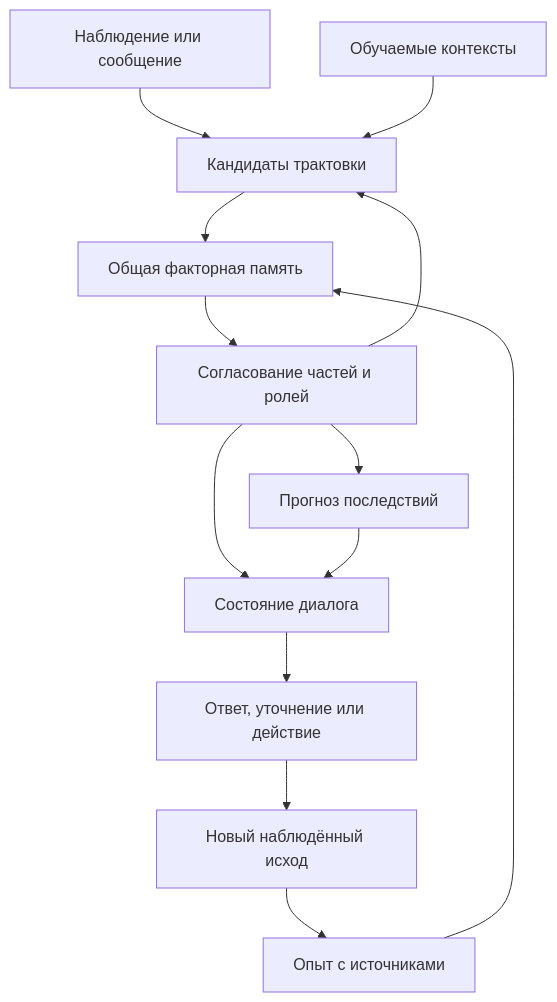
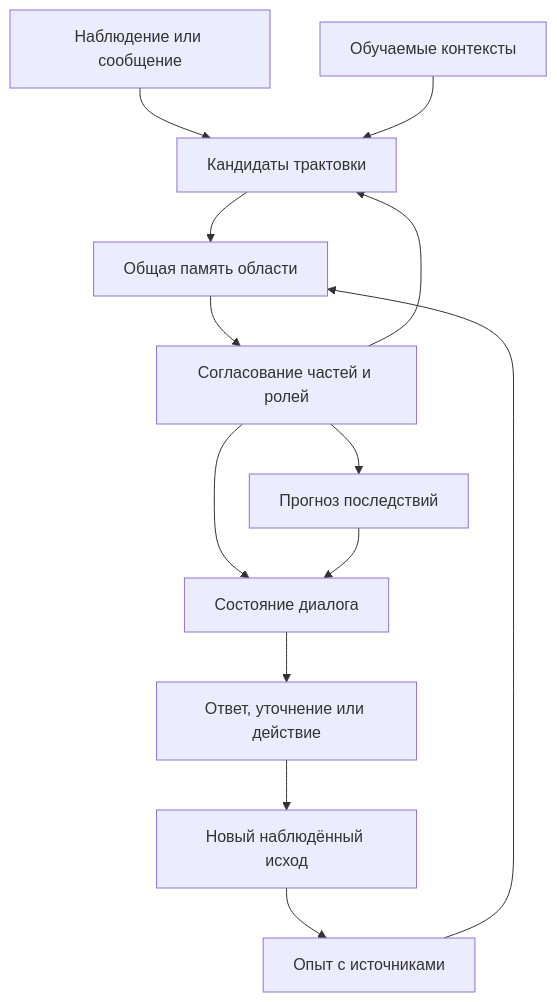
One commit to anatolahnov5317-hash/AI2 changed the diagram in docs/AI2_TO_CHAT_ROADMAP.md. Above: the diagram before and after it, drawn with Mermaid. The commit also changed other lines of this file and 3 other files, not shown here.

Commit message:
Clarify Redozubov fidelity and correct shared-memory roadmap

````diff
--- a/docs/AI2_TO_CHAT_ROADMAP.md
+++ b/docs/AI2_TO_CHAT_ROADMAP.md
@@ -137,15 +174,15 @@
 ```mermaid
 flowchart TD
   I["Наблюдение или сообщение"] --> C["Кандидаты трактовки"]
   T["Обучаемые контексты"] --> C
-  C --> M["Общая факторная память"]
+  C --> M["Общая память области"]
   E["Опыт с источниками"] --> M
   M --> R["Согласование частей и ролей"]
   R --> C
   R --> W["Прогноз последствий"]
   R --> D["Состояние диалога"]
   W --> D
   D --> A["Ответ, уточнение или действие"]
   A --> O["Новый наблюдённый исход"]
   O --> E
 ```
````
